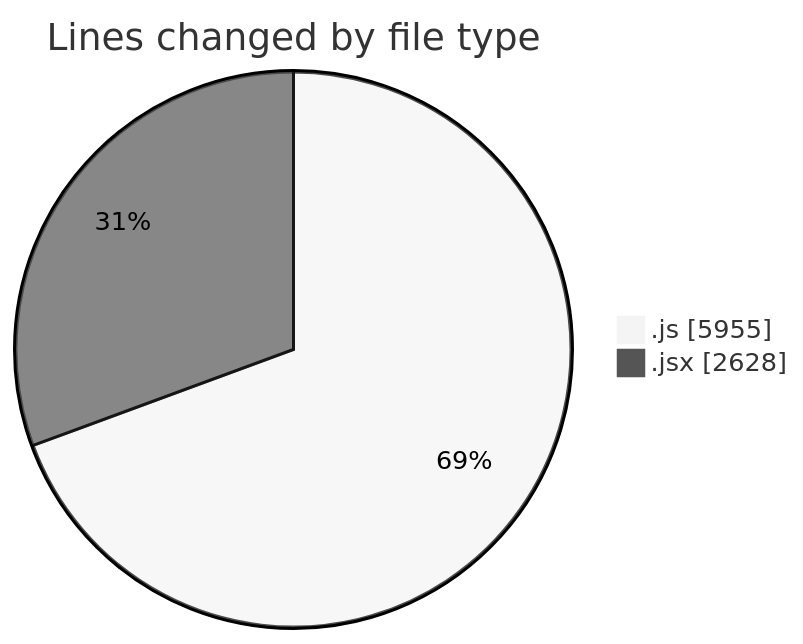
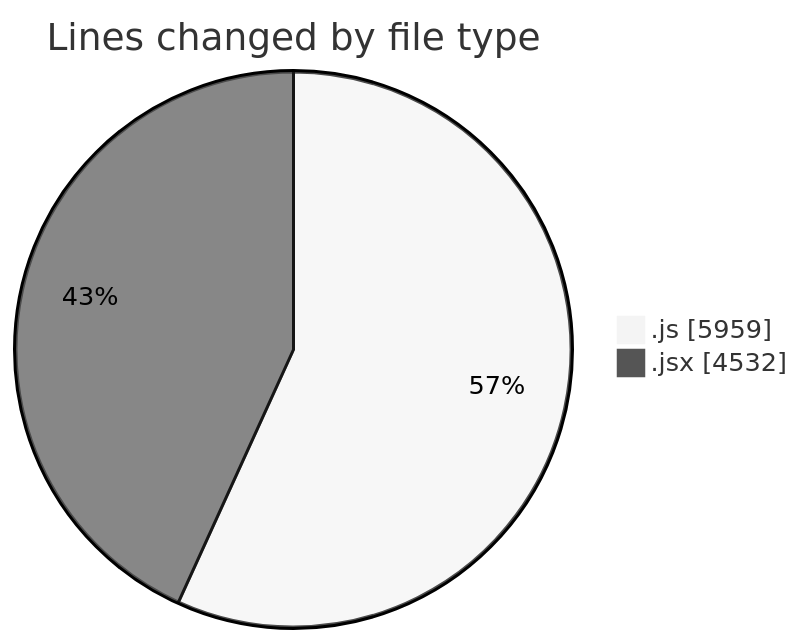
One commit to nxtqubesakshisongat/code-tracking changed the first of 2 diagrams in 2025-08-13/nxtqube_webapp/README.md. Above: the diagram before and after it, drawn with Mermaid (neutral theme). The commit also changed other lines of this file and 1 other file, not shown here.

````diff
--- a/2025-08-13/nxtqube_webapp/README.md
+++ b/2025-08-13/nxtqube_webapp/README.md
@@ -26,6 +27,6 @@
 ```mermaid
 pie showData
 title Lines changed by file type
-".js" : 5955
-".jsx" : 2628
+".js" : 5959
+".jsx" : 4532
 ```
````
